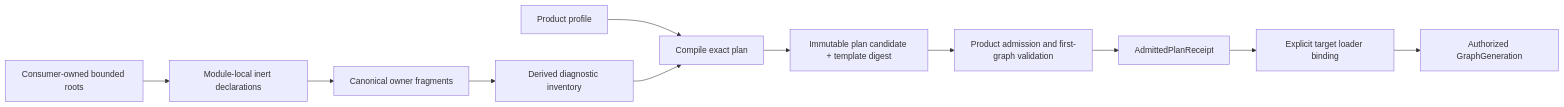
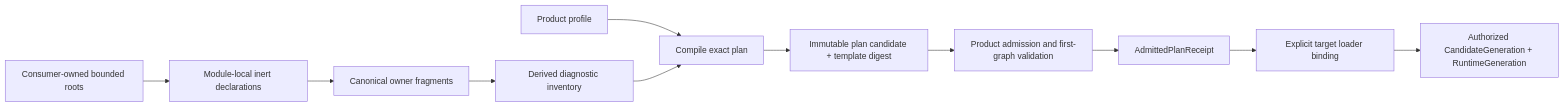
The third of 3 diagrams in docs/qualification/universal-module-extension-system/module-graph.md (agent-teams-ai/extension-foundation), drawn with Mermaid before and after one commit. The commit also changed other lines of this file and 11 other files, not shown here.

````diff
--- a/docs/qualification/universal-module-extension-system/module-graph.md
+++ b/docs/qualification/universal-module-extension-system/module-graph.md
@@ -262,13 +269,13 @@
 ```mermaid
 flowchart LR
     Roots["Consumer-owned bounded roots"] --> Declarations["Module-local inert declarations"]
     Declarations --> Fragments["Canonical owner fragments"]
     Fragments --> Inventory["Derived diagnostic inventory"]
     Profile["Product profile"] --> Compile["Compile exact plan"]
     Inventory --> Compile
     Compile --> Plan["Immutable plan candidate + template digest"]
     Plan --> Admit["Product admission and first-graph validation"]
     Admit --> Receipt["AdmittedPlanReceipt"]
     Receipt --> Loaders["Explicit target loader binding"]
-    Loaders --> Runtime["Authorized GraphGeneration"]
+    Loaders --> Runtime["Authorized CandidateGeneration + RuntimeGeneration"]
 ```
````
